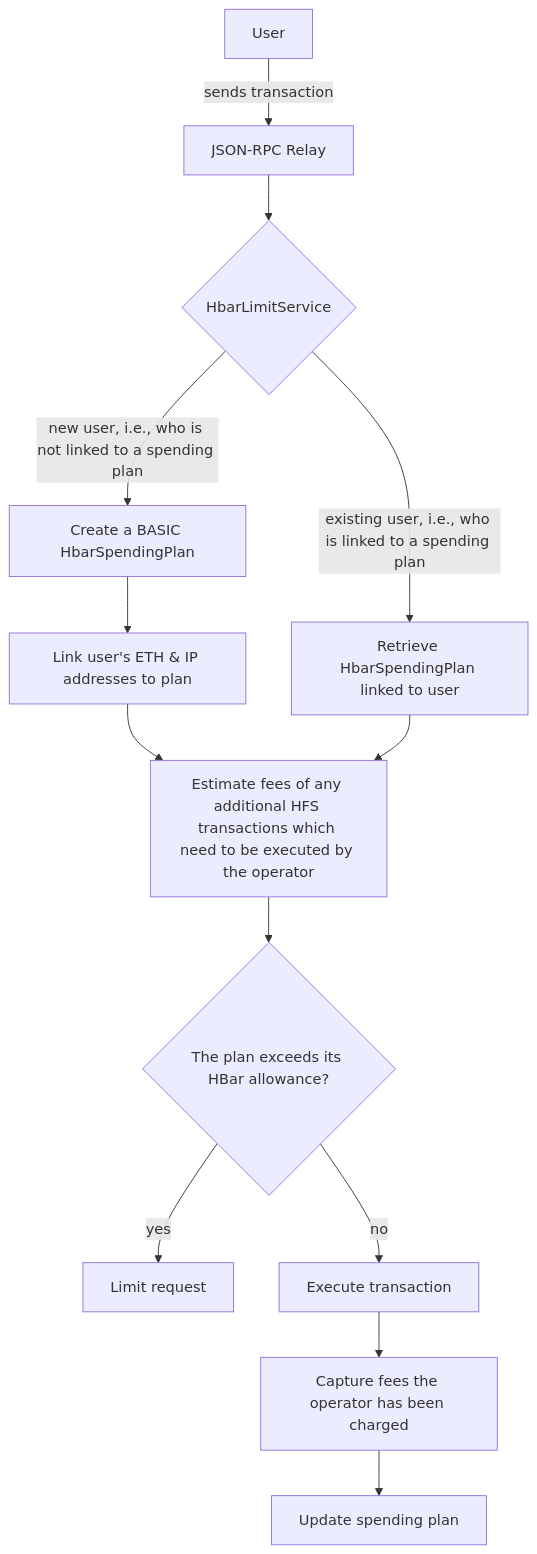
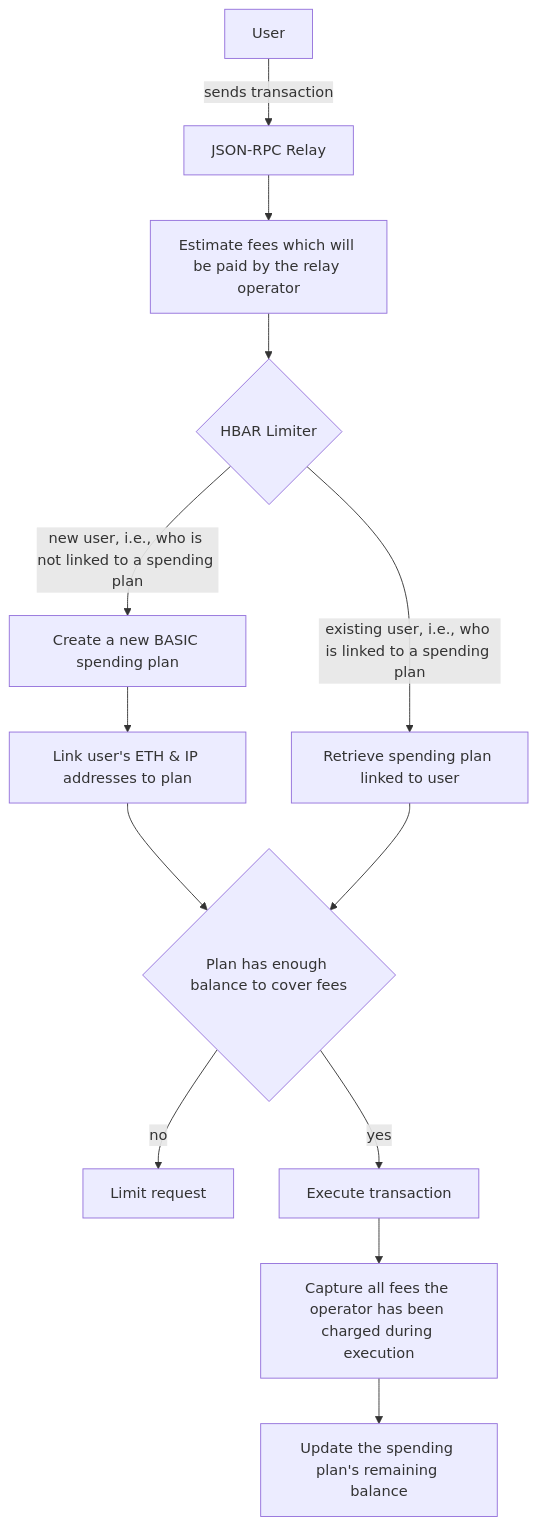
Before and after one commit to hashgraph/hedera-json-rpc-relay: the first of 4 diagrams in docs/design/hbar-limiter.md, drawn with Mermaid. The commit also changed other lines of this file and 4 other files, not shown here.

````diff
--- a/docs/design/hbar-limiter.md
+++ b/docs/design/hbar-limiter.md
@@ -84,15 +88,15 @@
 ```mermaid
 flowchart TD
     A[User] -->|sends transaction| B[JSON-RPC Relay]
-    B --> C{HbarLimitService}
-    C -->|new user, i.e., who is not linked to a spending plan| D[Create a BASIC HbarSpendingPlan]
-    D --> E[Link user's ETH & IP addresses to plan]
-    E --> F[Estimate fees of any additional HFS transactions which need to be executed by the operator]
-    C -->|existing user, i.e., who is linked to a spending plan| G[Retrieve HbarSpendingPlan linked to user]
-    G --> F
-    F --> H{The plan exceeds its HBar allowance?}
-    H --> |yes| I[Limit request]
-    H --> |no| J[Execute transaction]
-    J --> K[Capture fees the operator has been charged]
-    K --> L[Update spending plan]
+    B --> C[Estimate fees which will be paid by the relay operator]
+    C --> D{HBAR Limiter}
+    D -->|new user, i.e., who is not linked to a spending plan| E[Create a new BASIC spending plan]
+    E --> F[Link user's ETH & IP addresses to plan]
+    D -->|existing user, i.e., who is linked to a spending plan| G[Retrieve spending plan linked to user]
+    F --> H{Plan has enough balance to cover fees}
+    G --> H
+    H --> |no| I[Limit request]
+    H --> |yes| J[Execute transaction]
+    J --> K[Capture all fees the operator has been charged during execution]
+    K --> L[Update the spending plan's remaining balance]
 ```
````
